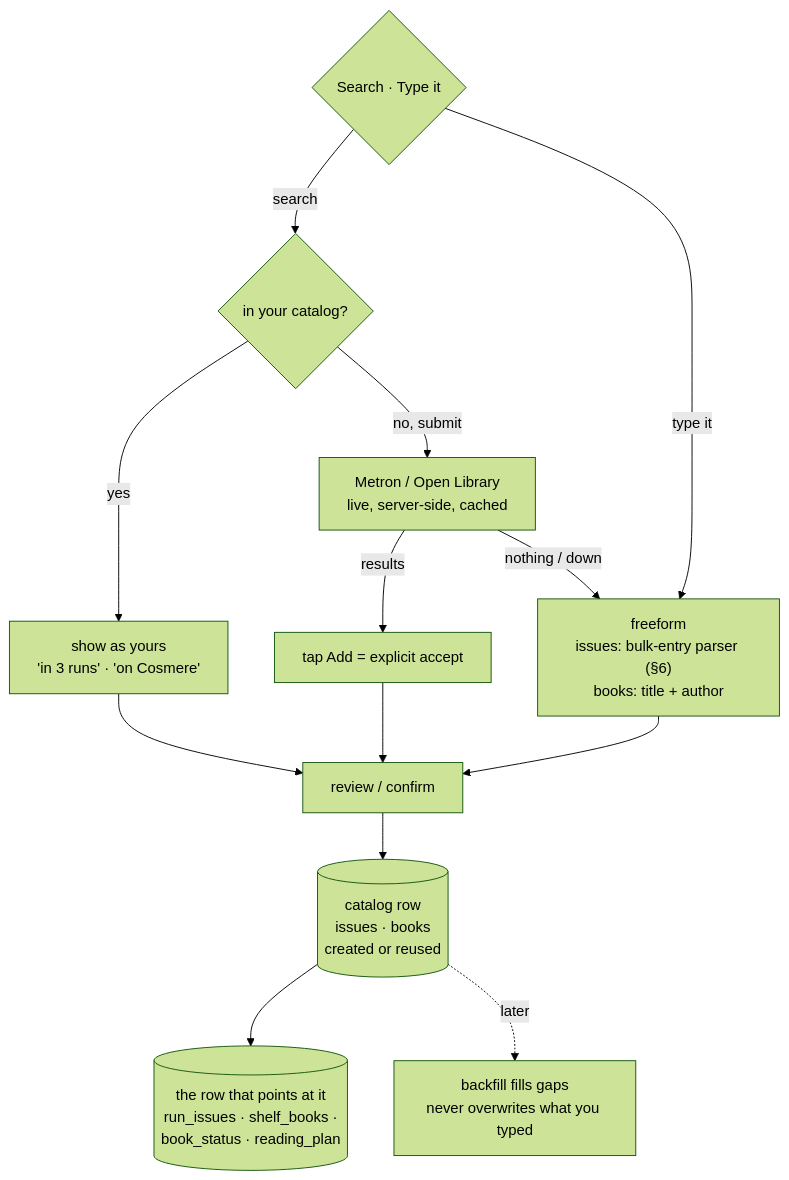
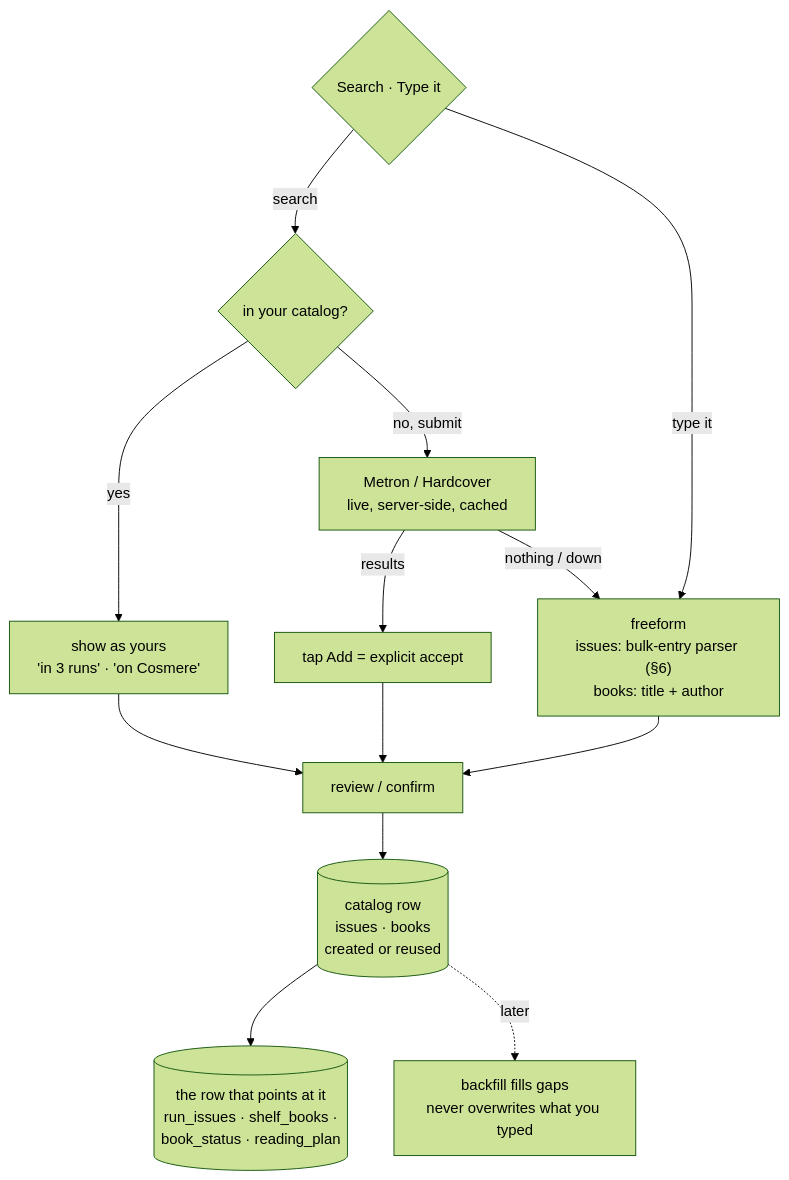
One commit to jtillmanio/ledger changed diagram 14 of 14 in docs/DIAGRAMS.md. Above: the diagram before and after it, drawn with Mermaid (forest theme). The commit also changed other lines of this file and 34 other files, not shown here.

First line of the commit message:
task 6.19: drop the Open Library column, cache table and client (#333)

````diff
--- a/docs/DIAGRAMS.md
+++ b/docs/DIAGRAMS.md
@@ -676,16 +672,16 @@
 ```mermaid
 flowchart TD
     S{"Search · Type it"}
     S -- search --> LIB{"in your catalog?"}
     LIB -- yes --> OWN["show as yours<br/>'in 3 runs' · 'on Cosmere'"]
-    LIB -- no, submit --> API["Metron / Open Library<br/>live, server-side, cached"]
+    LIB -- no, submit --> API["Metron / Hardcover<br/>live, server-side, cached"]
     API -- results --> PICK[tap Add = explicit accept]
     API -- nothing / down --> TYPE
     S -- type it --> TYPE["freeform<br/>issues: bulk-entry parser (§6)<br/>books: title + author"]
     PICK --> REV[review / confirm]
     TYPE --> REV
     OWN --> REV
     REV --> CAT[("catalog row<br/>issues · books<br/>created or reused")]
     CAT --> DEST[("the row that points at it<br/>run_issues · shelf_books ·<br/>book_status · reading_plan")]
     CAT -. later .-> BF["backfill fills gaps<br/>never overwrites what you typed"]
 ```
````
